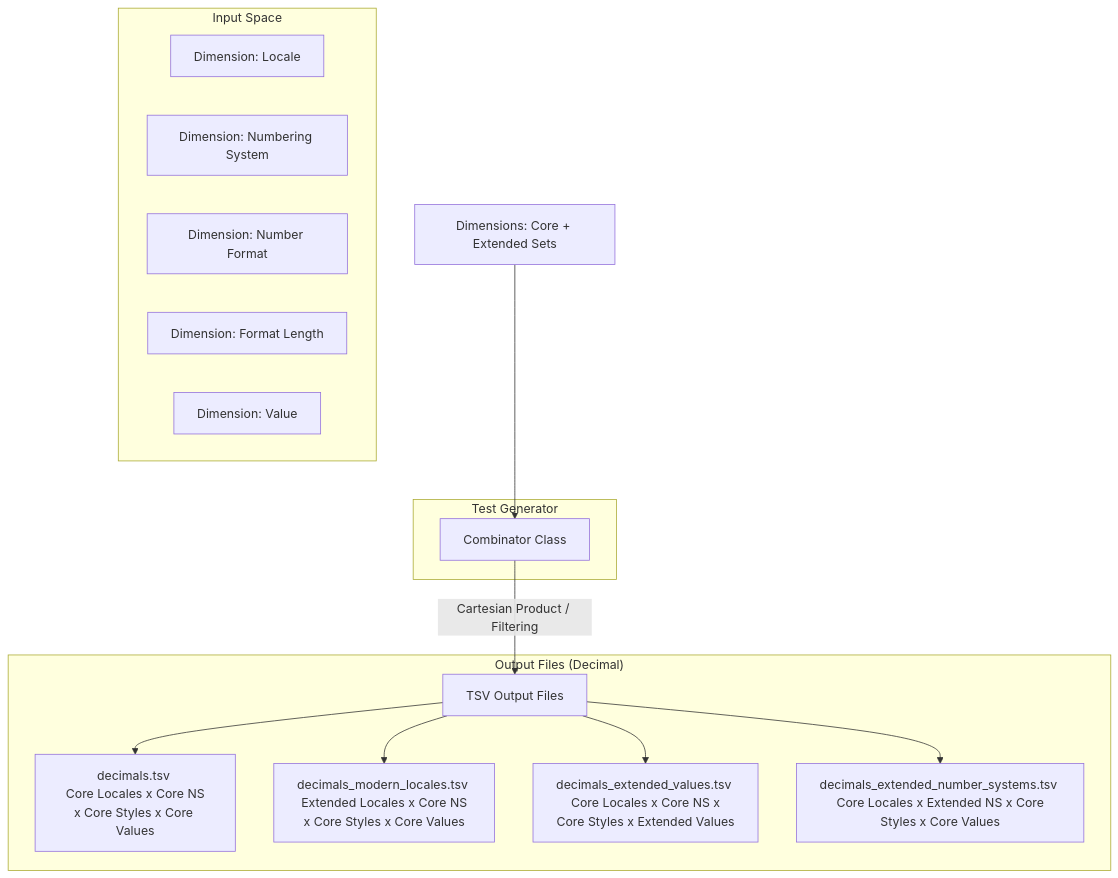
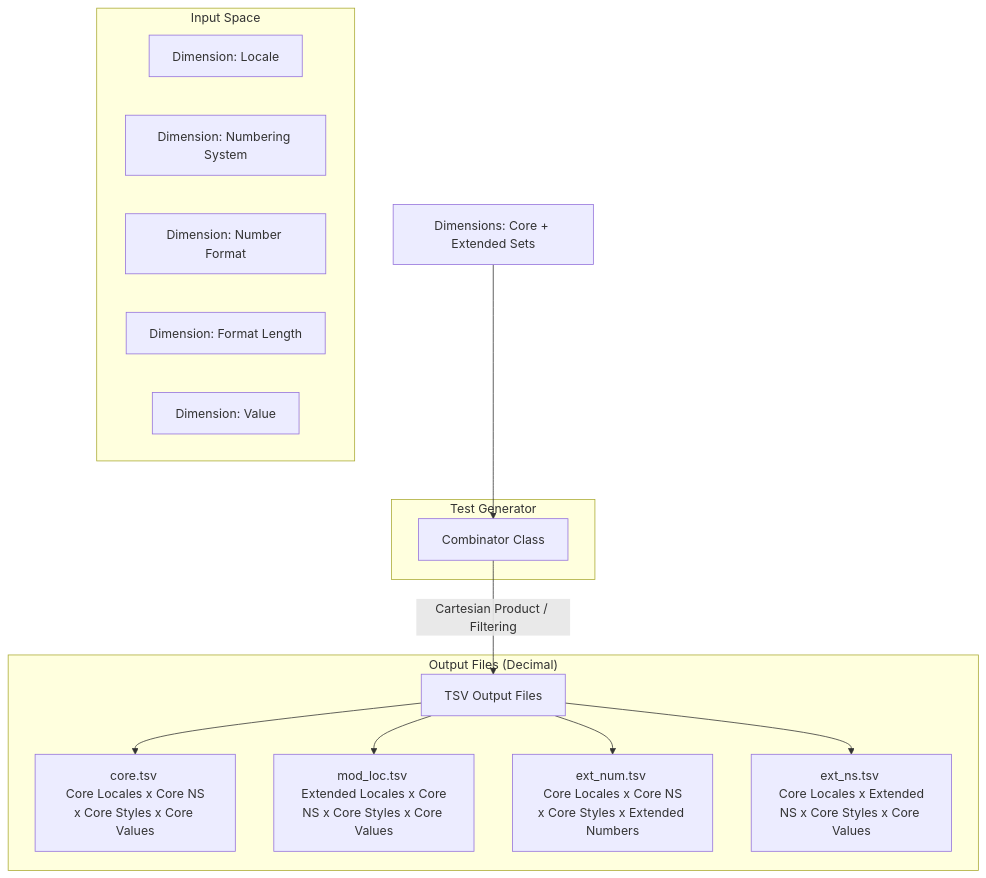
The diagram in conformance/conformance_testing_design.md (younies/design_docs), drawn with Mermaid before and after one commit. The commit also changed other lines of this file, not shown here.

````diff
--- a/conformance/conformance_testing_design.md
+++ b/conformance/conformance_testing_design.md
@@ -27,25 +27,25 @@
 ```mermaid
 graph TD
     subgraph Input Space
         D1[Dimension: Locale]
         D2[Dimension: Numbering System]
         D3[Dimension: Number Format]
         D4[Dimension: Format Length]
         D5[Dimension: Value]
     end
     
     InputSpace[Dimensions: Core + Extended Sets] --> Combinator
     
     subgraph Test Generator
         Combinator[Combinator Class]
     end
     
     Combinator -->|Cartesian Product / Filtering| TSVOut[TSV Output Files]
     
     subgraph "Output Files (Decimal)"
-        TSVOut --> CoreTSV[decimals.tsv <br> Core Locales x Core NS x Core Styles x Core Values]
-        TSVOut --> ExtLocTSV[decimals_modern_locales.tsv <br> Extended Locales x Core NS x Core Styles x Core Values]
-        TSVOut --> ExtValTSV[decimals_extended_values.tsv <br> Core Locales x Core NS x Core Styles x Extended Values]
-        TSVOut --> ExtNSTSV[decimals_extended_number_systems.tsv <br> Core Locales x Extended NS x Core Styles x Core Values]
+        TSVOut --> CoreTSV[core.tsv <br> Core Locales x Core NS x Core Styles x Core Values]
+        TSVOut --> ExtLocTSV[mod_loc.tsv <br> Extended Locales x Core NS x Core Styles x Core Values]
+        TSVOut --> ExtValTSV[ext_num.tsv <br> Core Locales x Core NS x Core Styles x Extended Numbers]
+        TSVOut --> ExtNSTSV[ext_ns.tsv <br> Core Locales x Extended NS x Core Styles x Core Values]
     end
 ```
````
